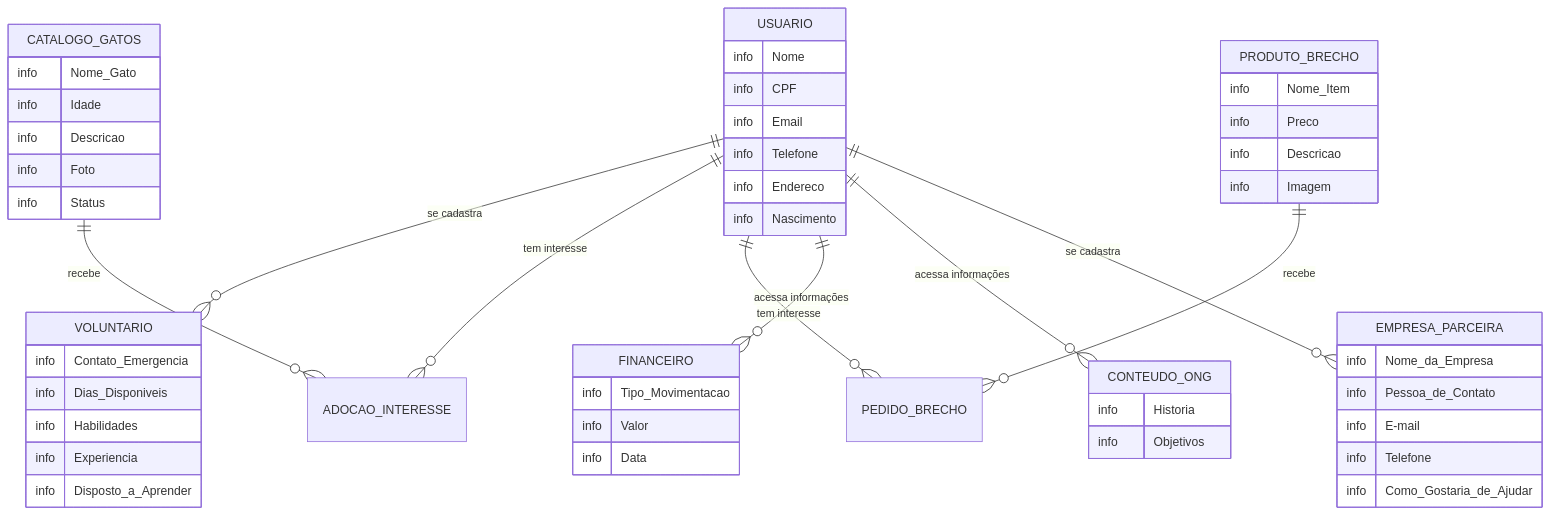
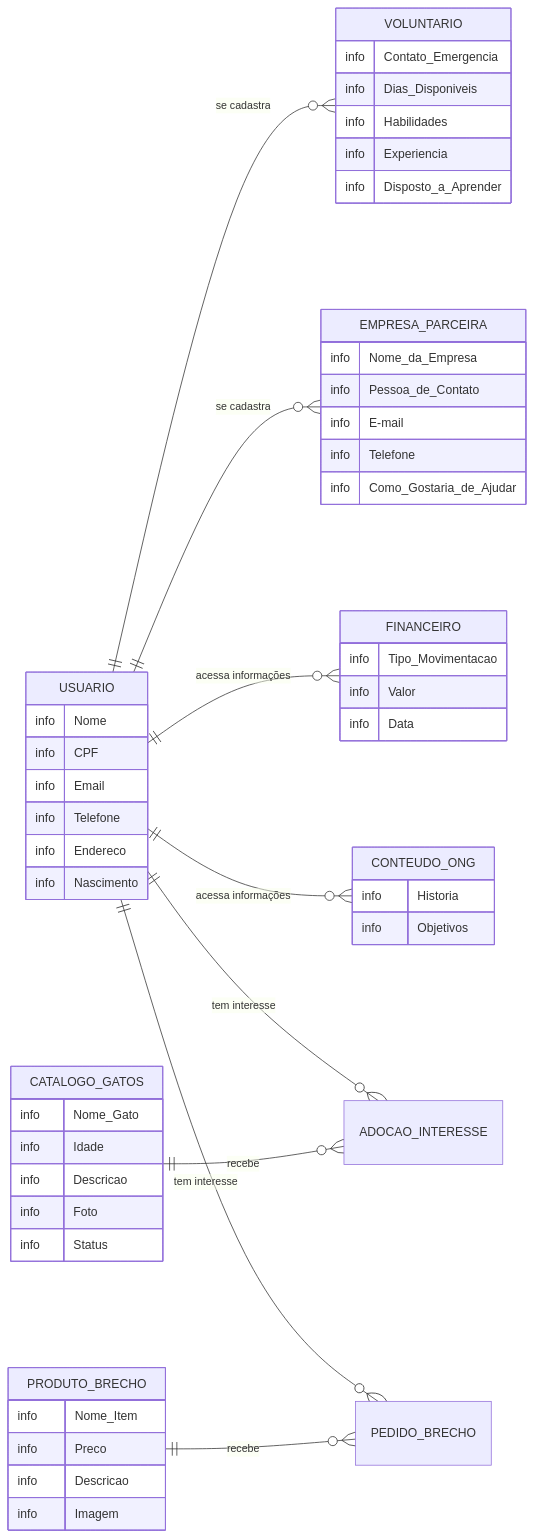
The eighth of 9 diagrams in README.md (ligiaoliveira/Casa-dos-Gatos), drawn with Mermaid before and after one commit.

Commit message:
Refactor entity relationship diagram in README
Removed redundant entity relationships and added new attributes for various entities.

````diff
--- a/README.md
+++ b/README.md
@@ -497,64 +497,74 @@
 ```mermaid
 erDiagram
-    USUARIO ||--o{ VOLUNTARIO : "se cadastra"
-    USUARIO ||--o{ ADOCAO_INTERESSE : "tem interesse"
-    USUARIO ||--o{ PEDIDO_BRECHO : "tem interesse"
-    USUARIO ||--o{ FINANCEIRO : "acessa informações"
-    USUARIO ||--o{ CONTEUDO_ONG : "acessa informações"
-    USUARIO ||--o{ EMPRESA_PARCEIRA : "se cadastra"
-    
-    CATALOGO_GATOS ||--o{ ADOCAO_INTERESSE : "recebe"
-    PRODUTO_BRECHO ||--o{ PEDIDO_BRECHO : "recebe"
+    direction LR
 
     USUARIO {
         info Nome
         info CPF
         info Email
         info Telefone
         info Endereco
         info Nascimento
     }
 
     VOLUNTARIO {
         info Contato_Emergencia
         info Dias_Disponiveis
         info Habilidades
         info Experiencia
         info Disposto_a_Aprender
     }
 
-    CATALOGO_GATOS {
-        info Nome_Gato
-        info Idade
-        info Descricao
-        info Foto
-        info Status
-    }
-
-    PRODUTO_BRECHO {
-        info Nome_Item
-        info Preco
-        info Descricao
-        info Imagem
+    EMPRESA_PARCEIRA {
+        info Nome_da_Empresa
+        info Pessoa_de_Contato
+        info E-mail
+        info Telefone
+        info Como_Gostaria_de_Ajudar
     }
 
     FINANCEIRO {
         info Tipo_Movimentacao
         info Valor
         info Data
     }
 
     CONTEUDO_ONG {
         info Historia
         info Objetivos
     }
-    
-    EMPRESA_PARCEIRA {
-        info Nome_da_Empresa
-        info Pessoa_de_Contato
-        info E-mail
-        info Telefone
-        info Como_Gostaria_de_Ajudar
+
+    CATALOGO_GATOS {
+        info Nome_Gato
+        info Idade
+        info Descricao
+        info Foto
+        info Status
     }
 
+    ADOCAO_INTERESSE {
+    }
+
+    PRODUTO_BRECHO {
+        info Nome_Item
+        info Preco
+        info Descricao
+        info Imagem
+    }
+
+    PEDIDO_BRECHO {
+    }
+
+    %% Relacionamentos 1 para 0..N a partir de USUARIO
+    USUARIO ||--o{ VOLUNTARIO : "se cadastra"
+    USUARIO ||--o{ EMPRESA_PARCEIRA : "se cadastra"
+    USUARIO ||--o{ FINANCEIRO : "acessa informações"
+    USUARIO ||--o{ CONTEUDO_ONG : "acessa informações"
+
+    %% Relacionamentos N para N resolvidos pelas tabelas associativas
+    USUARIO ||--o{ ADOCAO_INTERESSE : "tem interesse"
+    CATALOGO_GATOS ||--o{ ADOCAO_INTERESSE : "recebe"
+
+    USUARIO ||--o{ PEDIDO_BRECHO : "tem interesse"
+    PRODUTO_BRECHO ||--o{ PEDIDO_BRECHO : "recebe"
 ```
````
